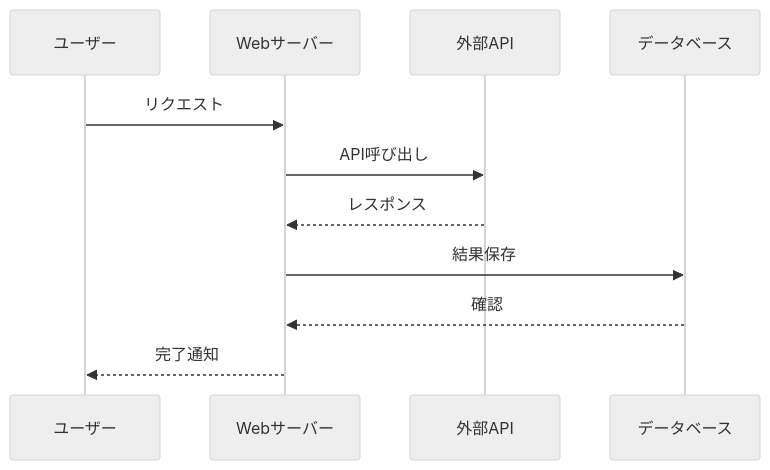
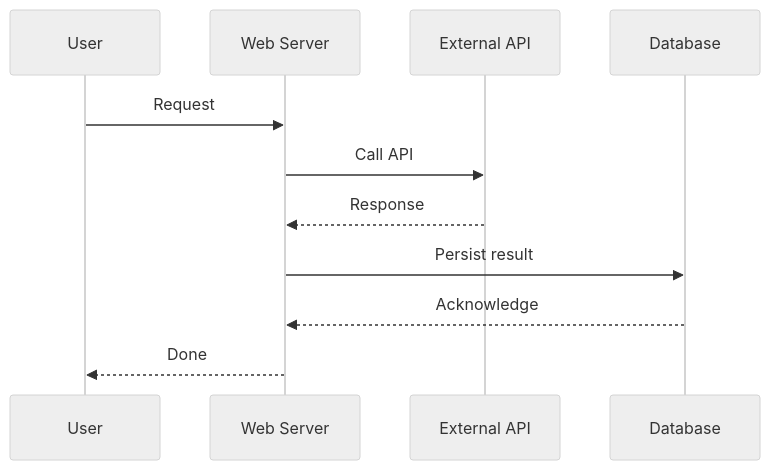
One commit to aToy0m0/skills changed the fifth of 6 diagrams in generate-docs/TEMPLATES.md. Above: the diagram before and after it, drawn with Mermaid (neutral theme). The commit also changed other lines of this file and 5 other files, not shown here.

````diff
--- a/generate-docs/TEMPLATES.md
+++ b/generate-docs/TEMPLATES.md
@@ -120,14 +120,14 @@
 ```mermaid
 sequenceDiagram
-    participant U as ユーザー
-    participant W as Webサーバー
-    participant E as 外部API
-    participant DB as データベース
+    participant U as User
+    participant W as Web Server
+    participant E as External API
+    participant DB as Database
 
-    U->>W: リクエスト
-    W->>E: API呼び出し
-    E-->>W: レスポンス
-    W->>DB: 結果保存
-    DB-->>W: 確認
-    W-->>U: 完了通知
+    U->>W: Request
+    W->>E: Call API
+    E-->>W: Response
+    W->>DB: Persist result
+    DB-->>W: Acknowledge
+    W-->>U: Done
 ```
````
